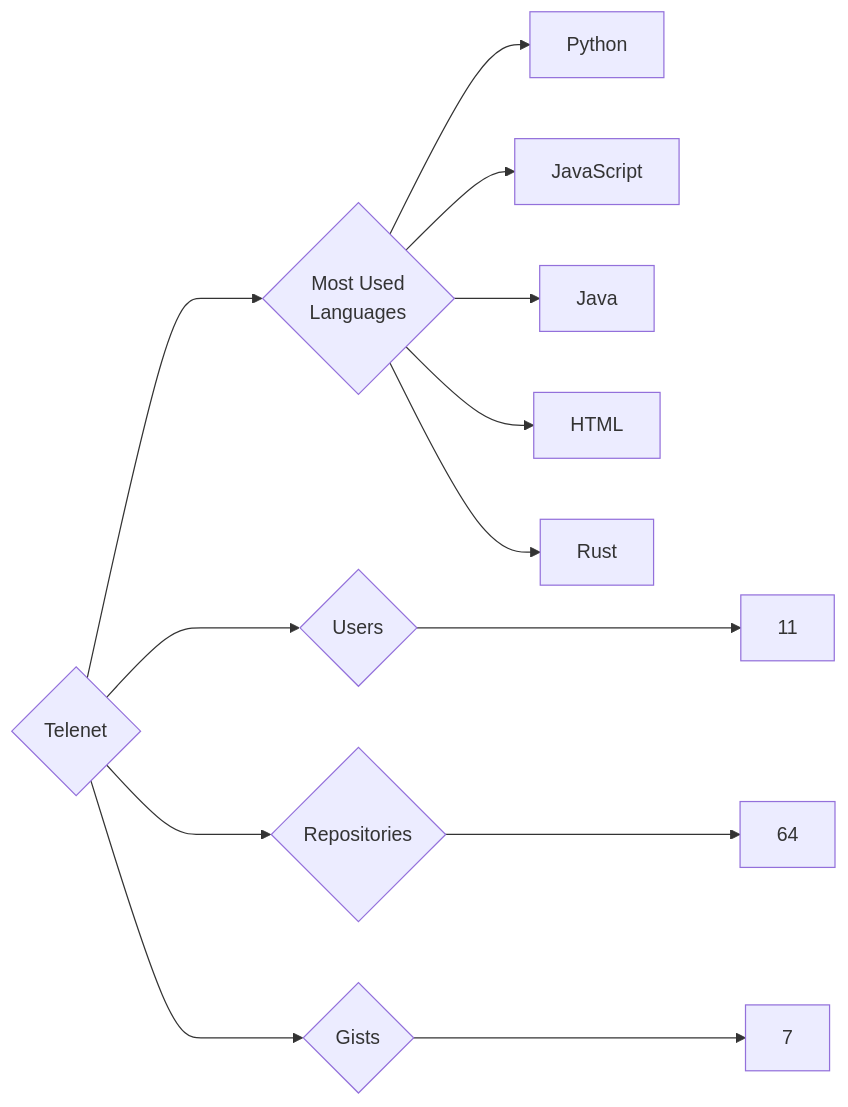
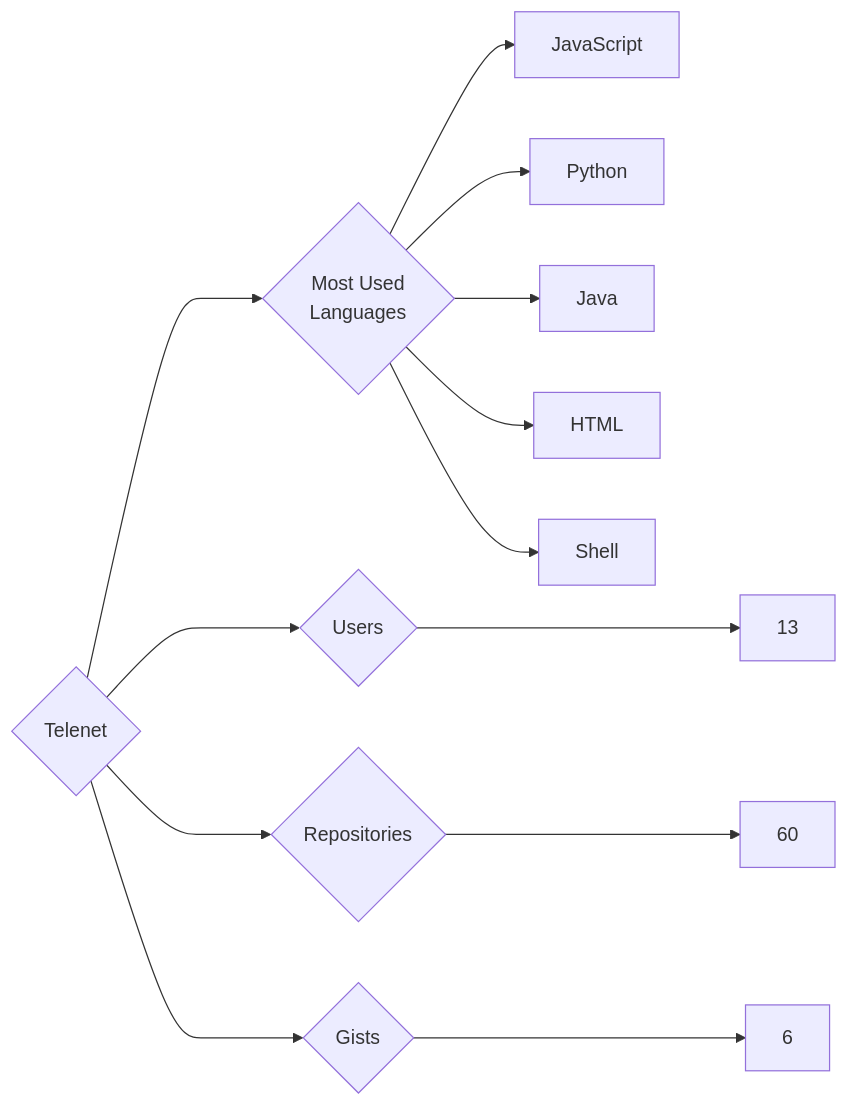
One commit to trickest/insiders changed the diagram in targets/Telenet/README.md. Above: the diagram before and after it, drawn with Mermaid. The commit also changed 995 other files, not shown here.

````diff
--- a/targets/Telenet/README.md
+++ b/targets/Telenet/README.md
@@ -3,13 +3,13 @@
 ```mermaid
 graph LR
 COMPANY_NAME{Telenet}
-COMPANY_NAME ---> U{Users} ---> UN[11]
-COMPANY_NAME ---> R{Repositories} ---> RN[64]
-COMPANY_NAME ---> G{Gists} ---> GN[7]
+COMPANY_NAME ---> U{Users} ---> UN[13]
+COMPANY_NAME ---> R{Repositories} ---> RN[60]
+COMPANY_NAME ---> G{Gists} ---> GN[6]
 COMPANY_NAME ---> ML{Most Used<br>Languages}
+ML --> JavaScript[JavaScript]
 ML --> Python[Python]
-ML --> JavaScript[JavaScript]
 ML --> Java[Java]
 ML --> HTML[HTML]
-ML --> Rust[Rust]
+ML --> Shell[Shell]
 ```
````
